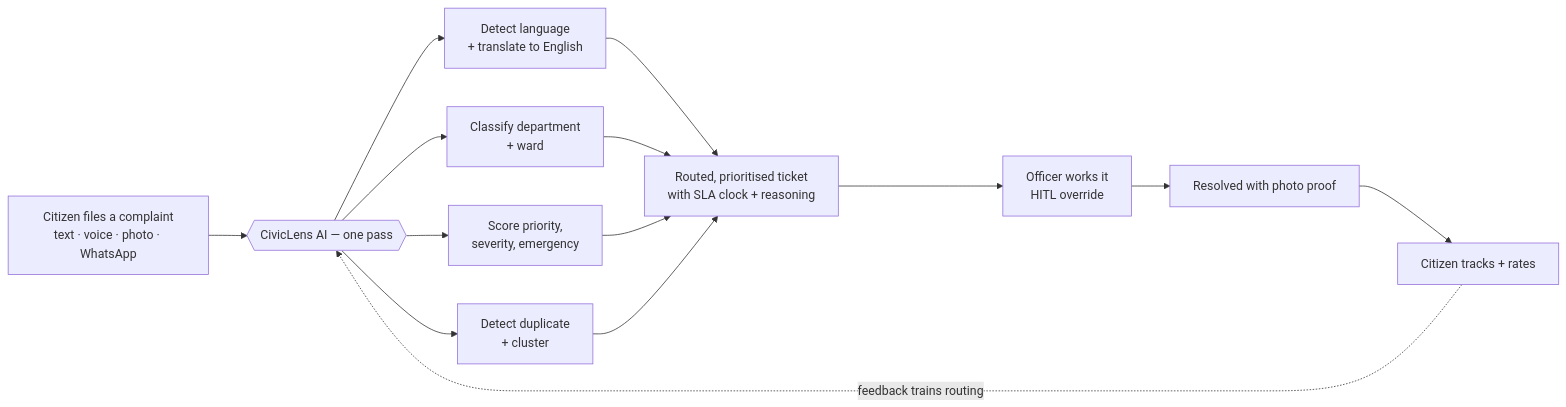
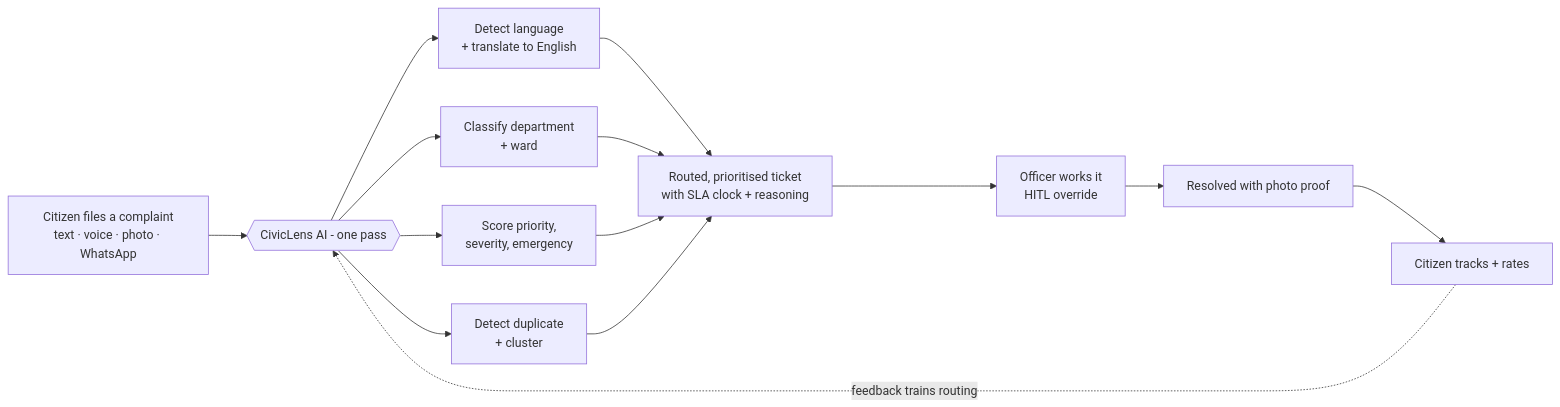
One commit to ShivamBwaj/smart-grievance-system changed the first of 9 diagrams in docs/PRODUCT-OVERVIEW.md. Above: the diagram before and after it, drawn with Mermaid. The commit also changed other lines of this file and 26 other files, not shown here.

````diff
--- a/docs/PRODUCT-OVERVIEW.md
+++ b/docs/PRODUCT-OVERVIEW.md
@@ -35,13 +35,13 @@
 ```mermaid
 flowchart LR
-    A["Citizen files a complaint<br/>text · voice · photo · WhatsApp"] --> B{{"CivicLens AI — one pass"}}
+    A["Citizen files a complaint<br/>text · voice · photo · WhatsApp"] --> B{{"CivicLens AI - one pass"}}
     B --> C["Detect language<br/>+ translate to English"]
     B --> D["Classify department<br/>+ ward"]
     B --> E["Score priority,<br/>severity, emergency"]
     B --> F["Detect duplicate<br/>+ cluster"]
     C & D & E & F --> G["Routed, prioritised ticket<br/>with SLA clock + reasoning"]
     G --> H["Officer works it<br/>HITL override"]
     H --> I["Resolved with photo proof"]
     I --> J["Citizen tracks + rates"]
     J -.feedback trains routing.-> B
 ```
````
